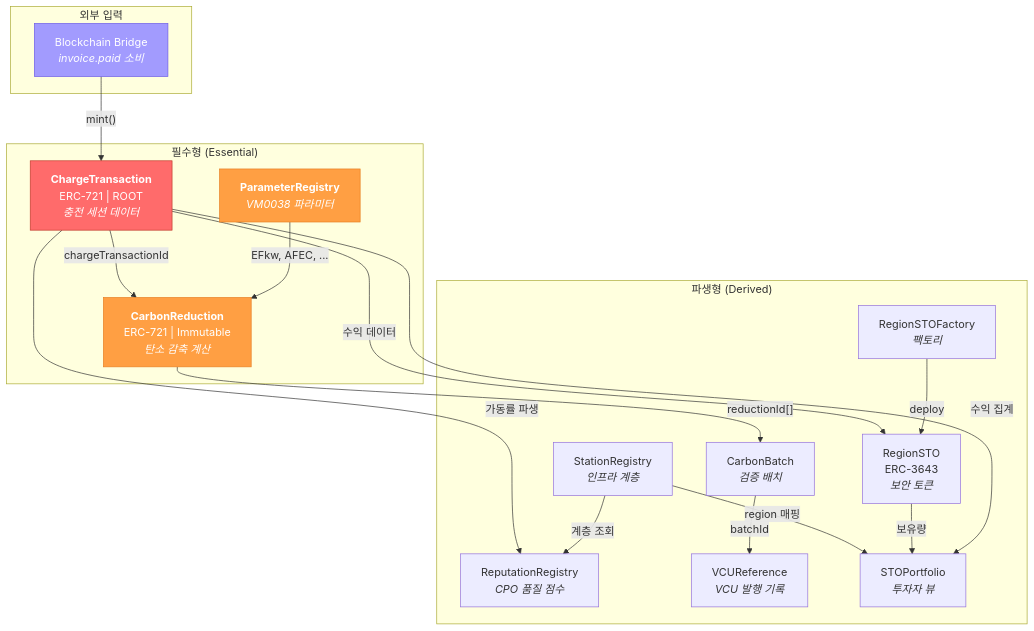
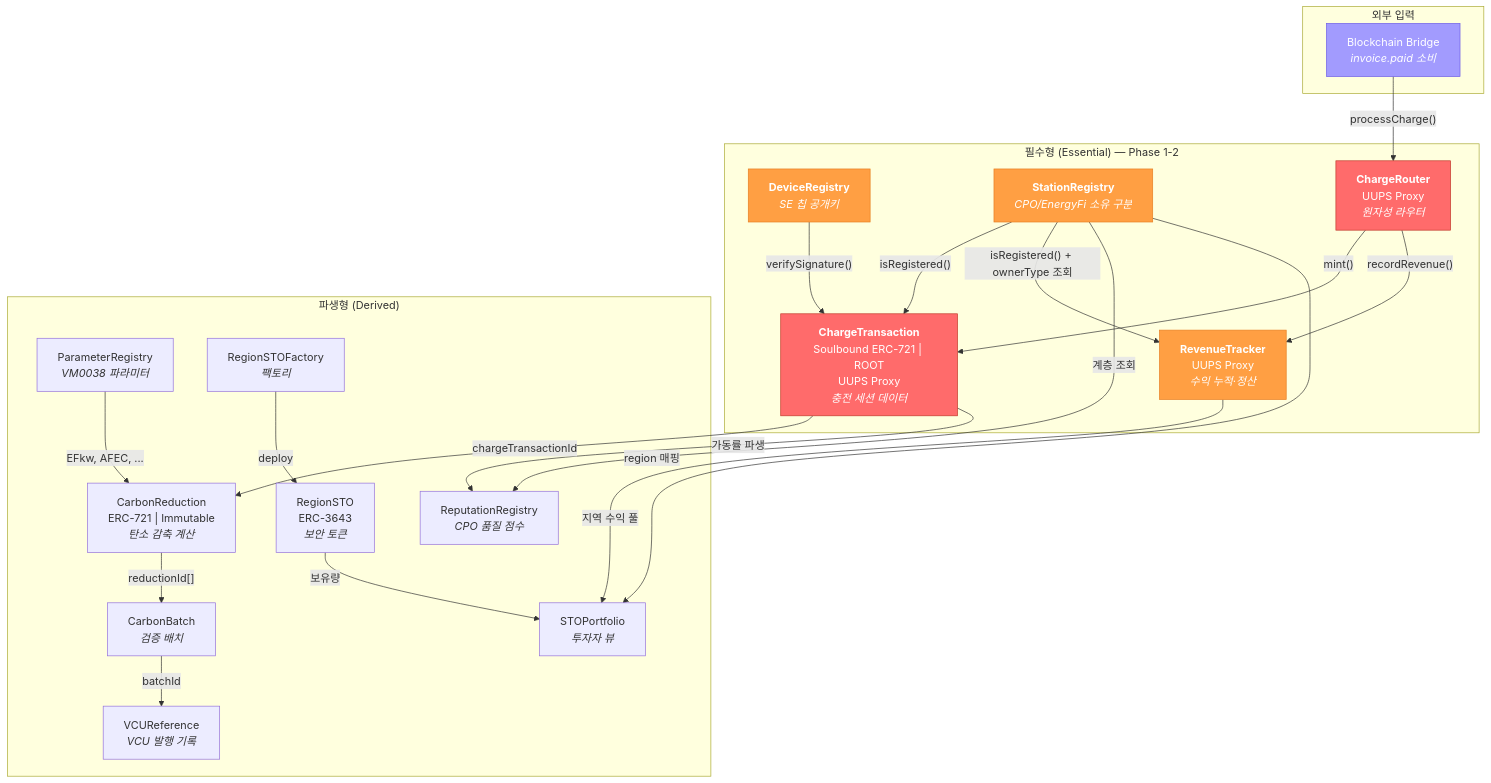
Before and after one commit to Seon-ung/EnergyFi: the diagram in contracts/l1/docs/implementation-roadmap.md, drawn with Mermaid. The commit also changed other lines of this file and 20 other files, not shown here.

````diff
--- a/contracts/l1/docs/implementation-roadmap.md
+++ b/contracts/l1/docs/implementation-roadmap.md
@@ -148,40 +162,49 @@
 ```mermaid
 graph TD
     subgraph "외부 입력"
         BRIDGE["Blockchain Bridge<br/><i>invoice.paid 소비</i>"]
     end
 
-    subgraph "필수형 (Essential)"
-        CT["<b>ChargeTransaction</b><br/>ERC-721 | ROOT<br/><i>충전 세션 데이터</i>"]
-        PR["<b>ParameterRegistry</b><br/><i>VM0038 파라미터</i>"]
-        CR["<b>CarbonReduction</b><br/>ERC-721 | Immutable<br/><i>탄소 감축 계산</i>"]
+    subgraph "필수형 (Essential) — Phase 1-2"
+        DR["<b>DeviceRegistry</b><br/><i>SE 칩 공개키</i>"]
+        SR["<b>StationRegistry</b><br/><i>CPO/EnergyFi 소유 구분</i>"]
+        ROUTER["<b>ChargeRouter</b><br/>UUPS Proxy<br/><i>원자성 라우터</i>"]
+        CT["<b>ChargeTransaction</b><br/>Soulbound ERC-721 | ROOT<br/>UUPS Proxy<br/><i>충전 세션 데이터</i>"]
+        RT["<b>RevenueTracker</b><br/>UUPS Proxy<br/><i>수익 누적·정산</i>"]
     end
 
     subgraph "파생형 (Derived)"
-        SR["StationRegistry<br/><i>인프라 계층</i>"]
+        PR["ParameterRegistry<br/><i>VM0038 파라미터</i>"]
+        CR["CarbonReduction<br/>ERC-721 | Immutable<br/><i>탄소 감축 계산</i>"]
         RR["ReputationRegistry<br/><i>CPO 품질 점수</i>"]
         CB["CarbonBatch<br/><i>검증 배치</i>"]
         VR["VCUReference<br/><i>VCU 발행 기록</i>"]
         RSTO["RegionSTO<br/>ERC-3643<br/><i>보안 토큰</i>"]
         RSTOF["RegionSTOFactory<br/><i>팩토리</i>"]
         SP["STOPortfolio<br/><i>투자자 뷰</i>"]
     end
 
-    BRIDGE -->|"mint()"| CT
+    BRIDGE -->|"processCharge()"| ROUTER
+    ROUTER -->|"mint()"| CT
+    ROUTER -->|"recordRevenue()"| RT
+    DR -->|"verifySignature()"| CT
+    SR -->|"isRegistered()"| CT
+    SR -->|"isRegistered() + ownerType 조회"| RT
     CT -->|"chargeTransactionId"| CR
     PR -->|"EFkw, AFEC, ..."| CR
-    CT -->|"수익 데이터"| RSTO
+    RT -->|"지역 수익 풀"| SP
     CT -->|"가동률 파생"| RR
     CR -->|"reductionId[]"| CB
     CB -->|"batchId"| VR
     SR -->|"계층 조회"| RR
     SR -->|"region 매핑"| SP
     RSTOF -->|"deploy"| RSTO
     RSTO -->|"보유량"| SP
-    CT -->|"수익 집계"| SP
 
     style CT fill:#ff6b6b,stroke:#c0392b,color:#fff
-    style PR fill:#ff9f43,stroke:#e67e22,color:#fff
-    style CR fill:#ff9f43,stroke:#e67e22,color:#fff
+    style ROUTER fill:#ff6b6b,stroke:#c0392b,color:#fff
+    style DR fill:#ff9f43,stroke:#e67e22,color:#fff
+    style SR fill:#ff9f43,stroke:#e67e22,color:#fff
+    style RT fill:#ff9f43,stroke:#e67e22,color:#fff
     style BRIDGE fill:#a29bfe,stroke:#6c5ce7,color:#fff
 ```
````
